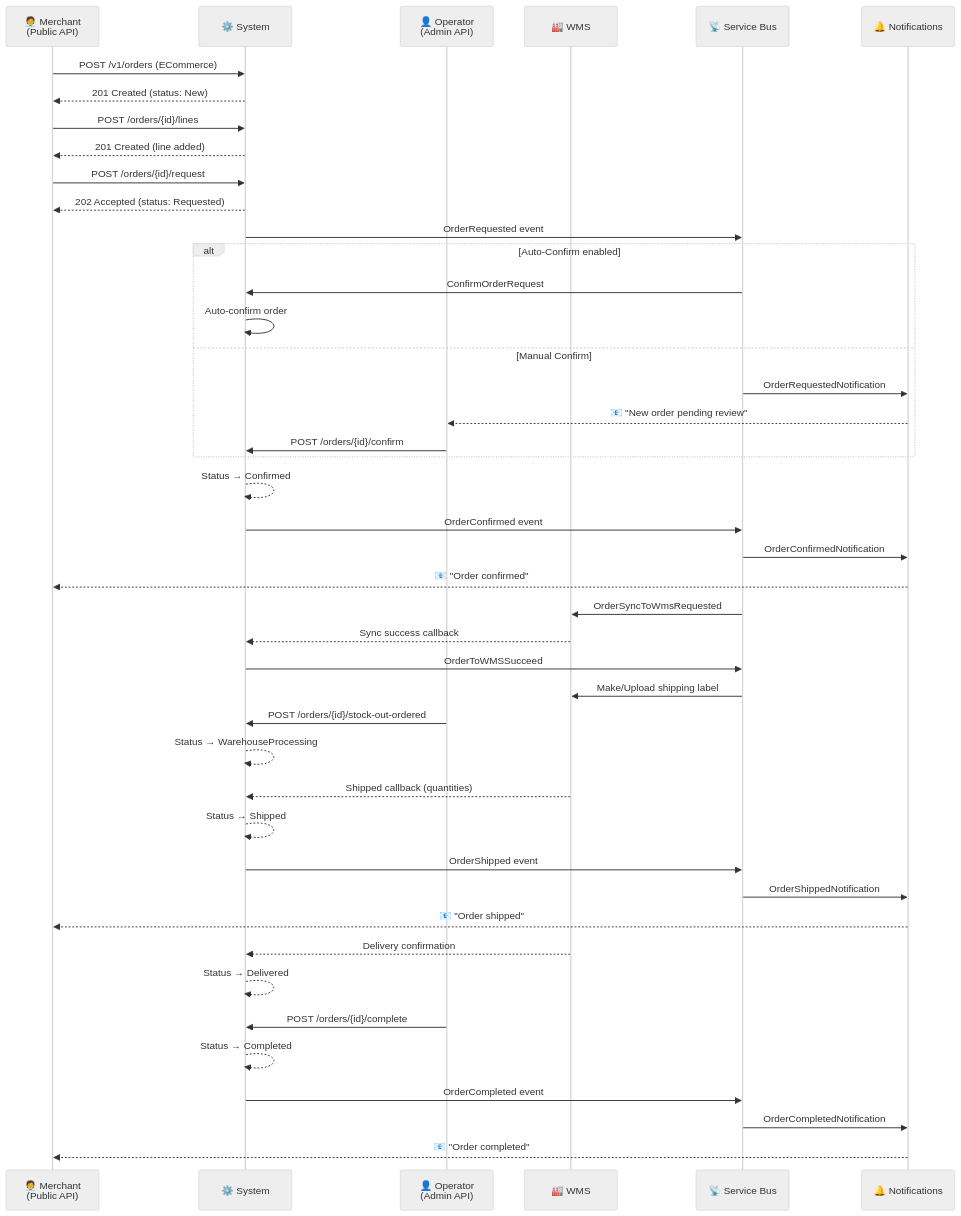
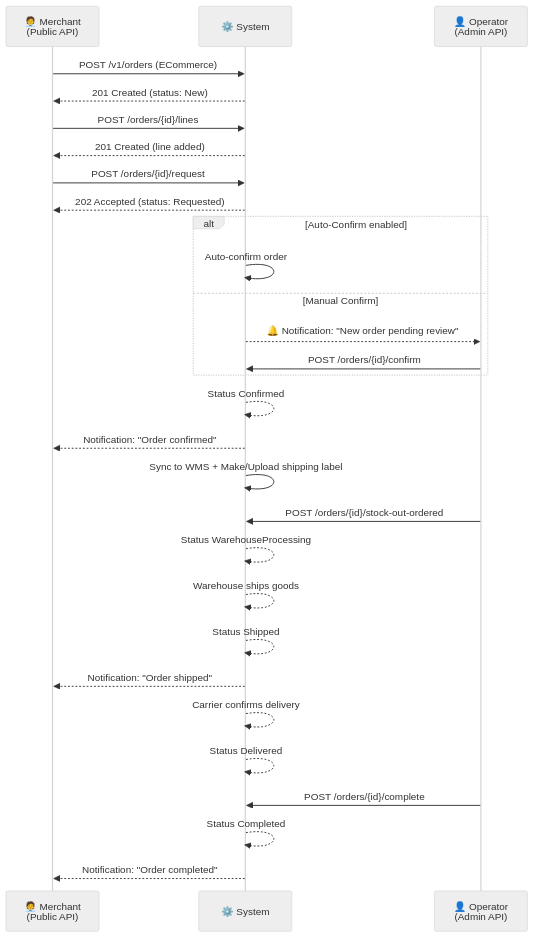
One commit to quanghieu93/mermaid-test changed the third of 4 diagrams in Order-WorkFlow-2.md. Above: the diagram before and after it, drawn with Mermaid (neutral theme). The commit also changed other lines of this file, not shown here.

Commit message:
Refactor order workflow documentation

````diff
--- a/Order-WorkFlow-2.md
+++ b/Order-WorkFlow-2.md
@@ -253,56 +182,40 @@
 ```mermaid
 sequenceDiagram
     participant M as 🧑‍💼 Merchant<br/>(Public API)
     participant S as ⚙️ System
     participant O as 👤 Operator<br/>(Admin API)
-    participant WMS as 🏭 WMS
-    participant BUS as 📡 Service Bus
-    participant N as 🔔 Notifications
 
     M->>S: POST /v1/orders (ECommerce)
     S-->>M: 201 Created (status: New)
 
     M->>S: POST /orders/{id}/lines
     S-->>M: 201 Created (line added)
 
     M->>S: POST /orders/{id}/request
     S-->>M: 202 Accepted (status: Requested)
-    S->>BUS: OrderRequested event
 
     alt Auto-Confirm enabled
-        BUS->>S: ConfirmOrderRequest
         S->>S: Auto-confirm order
     else Manual Confirm
-        BUS->>N: OrderRequestedNotification
-        N-->>O: 📧 "New order pending review"
+        S-->>O: 🔔 Notification: "New order pending review"
         O->>S: POST /orders/{id}/confirm
     end
 
-    S-->>S: Status → Confirmed
-    S->>BUS: OrderConfirmed event
-    BUS->>N: OrderConfirmedNotification
-    N-->>M: 📧 "Order confirmed"
-
-    BUS->>WMS: OrderSyncToWmsRequested
-    WMS-->>S: Sync success callback
-    S->>BUS: OrderToWMSSucceed
-    BUS->>WMS: Make/Upload shipping label
+    S-->>S: Status Confirmed
+    S-->>M: Notification: "Order confirmed"
+    S->>S: Sync to WMS + Make/Upload shipping label
 
     O->>S: POST /orders/{id}/stock-out-ordered
-    S-->>S: Status → WarehouseProcessing
+    S-->>S: Status WarehouseProcessing
 
-    WMS-->>S: Shipped callback (quantities)
-    S-->>S: Status → Shipped
-    S->>BUS: OrderShipped event
-    BUS->>N: OrderShippedNotification
-    N-->>M: 📧 "Order shipped"
+    S-->>S: Warehouse ships goods
+    S-->>S: Status Shipped
+    S-->>M: Notification: "Order shipped"
 
-    WMS-->>S: Delivery confirmation
-    S-->>S: Status → Delivered
+    S-->>S: Carrier confirms delivery
+    S-->>S: Status Delivered
 
     O->>S: POST /orders/{id}/complete
-    S-->>S: Status → Completed
-    S->>BUS: OrderCompleted event
-    BUS->>N: OrderCompletedNotification
-    N-->>M: 📧 "Order completed"
+    S-->>S: Status Completed
+    S-->>M: Notification: "Order completed"
 ```
````
